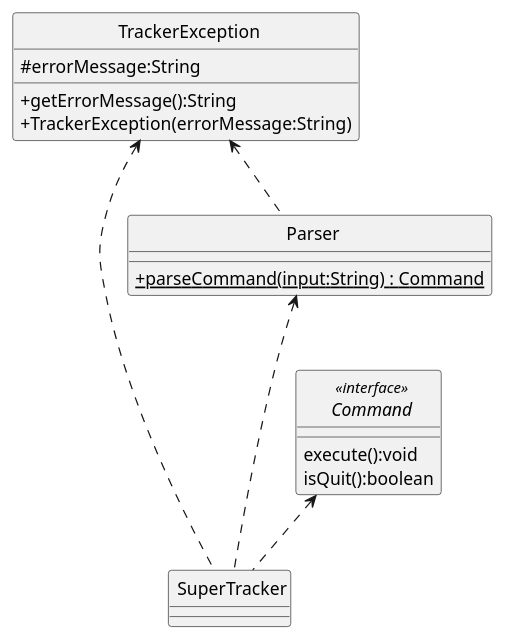
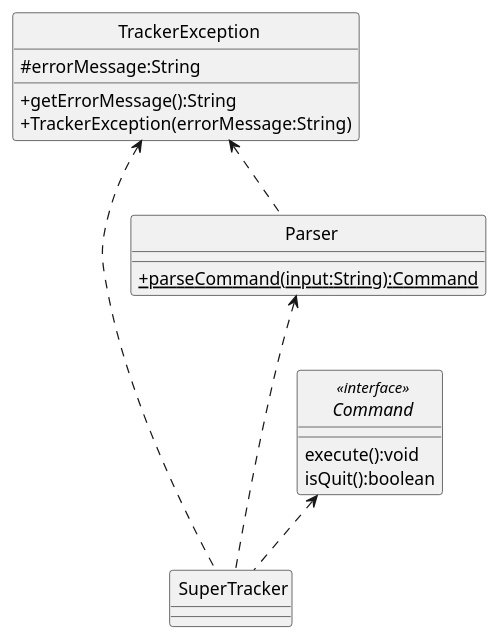
The first of 2 diagrams in docs/uml-diagrams/Parser.puml (rismm/tp), drawn with PlantUML before and after one commit. The commit also changed other lines of this file and 7 other files, not shown here.

```diff
--- a/docs/uml-diagrams/Parser.puml
+++ b/docs/uml-diagrams/Parser.puml
@@ -2,32 +2,31 @@
 @startuml
-'https://plantuml.com/class-diagram
 skinparam classAttributeIconSize 0
 skinparam CircledCharacterFontSize 0
 skinparam CircledCharacterRadius 0
 
 class SuperTracker
 class Parser
 class TrackerException
 interface Command
 
 Parser <... SuperTracker
 Command <.. SuperTracker
 TrackerException <.. SuperTracker
 TrackerException <.. Parser
 
 interface Command <<interface>> {
     execute():void
     isQuit():boolean
 }
 
 class TrackerException {
     #errorMessage:String
     +getErrorMessage():String
     +TrackerException(errorMessage:String)
 }
 
 class Parser {
-    {static}+parseCommand(input:String) : Command
+    {static}+parseCommand(input:String):Command
 }
 
 @enduml
```
